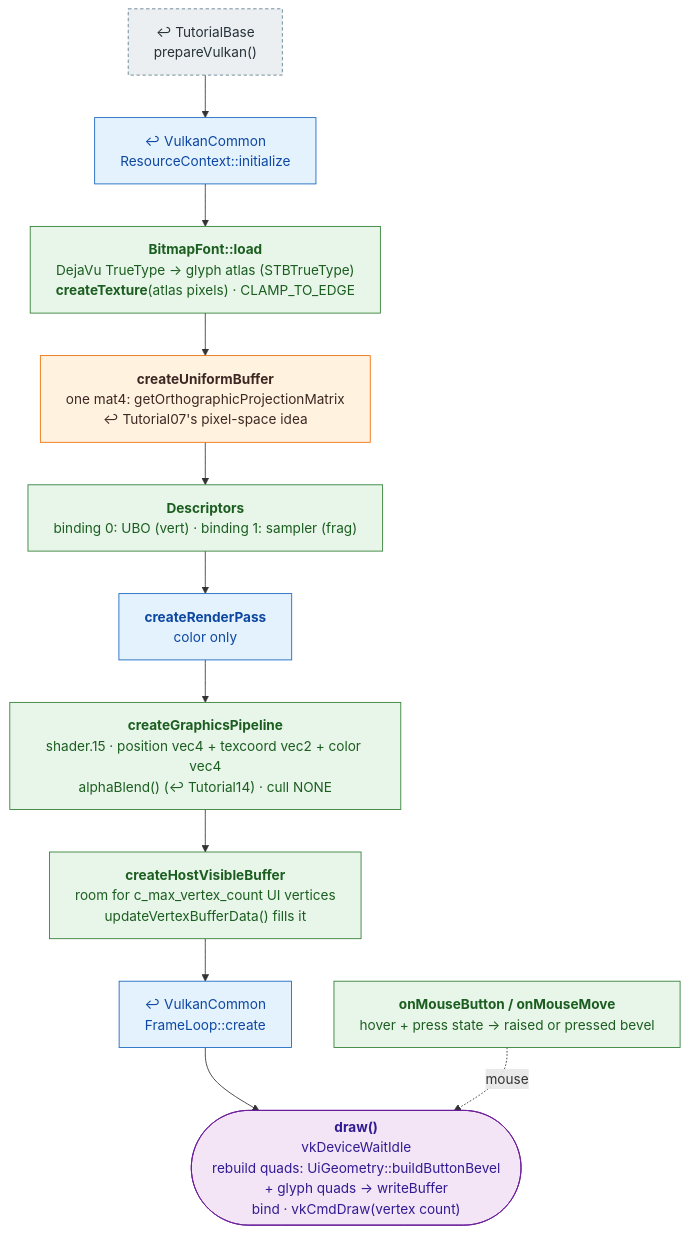
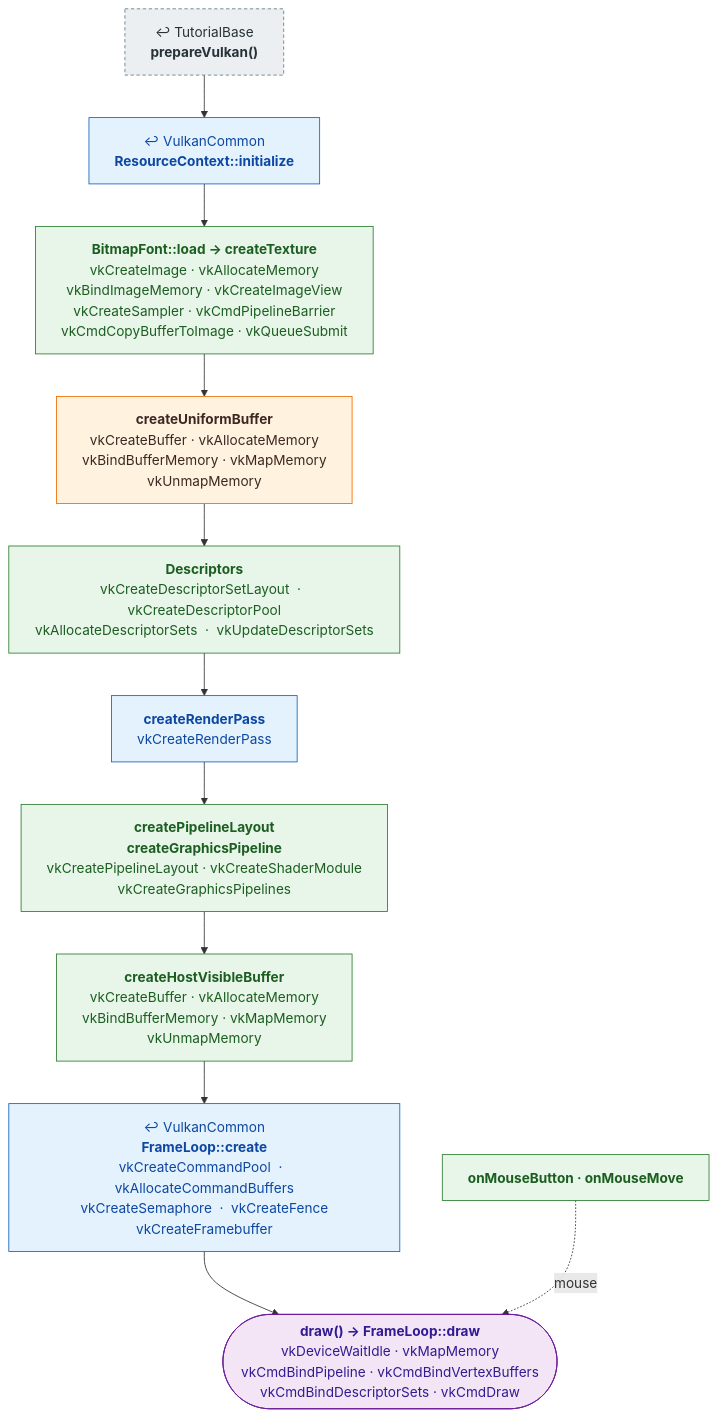
One commit to mehoggan/vulkan_graphix changed the diagram in docs/pipeline/15_text_and_button.md. Above: the diagram before and after it, drawn with Mermaid. The commit also changed other lines of this file and 24 other files, not shown here.

First line of the commit message:
docs: label pipeline boxes with the Vulkan calls each step makes

````diff
--- a/docs/pipeline/15_text_and_button.md
+++ b/docs/pipeline/15_text_and_button.md
@@ -11,24 +11,24 @@
 ```mermaid
 %%{init: {"flowchart": {"wrappingWidth": 400}}}%%
 flowchart TD
     classDef reused fill:#eceff1,stroke:#607d8b,stroke-dasharray:4 3,color:#263238
     classDef changed fill:#fff3e0,stroke:#ef6c00,color:#3e2723
     classDef new fill:#e8f5e9,stroke:#2e7d32,color:#1b5e20
     classDef shared fill:#e3f2fd,stroke:#1565c0,color:#0d47a1
     classDef frame fill:#f3e5f5,stroke:#6a1b9a,color:#311b92
 
-    BASE["↩ TutorialBase<br/>prepareVulkan()"]:::reused
-    RC["↩ VulkanCommon<br/>ResourceContext::initialize"]:::shared
-    FONT["<b>BitmapFont::load</b><br/>DejaVu TrueType → glyph atlas (STBTrueType)<br/><b>createTexture</b>(atlas pixels) · CLAMP_TO_EDGE"]:::new
-    UBO["<b>createUniformBuffer</b><br/>one mat4: getOrthographicProjectionMatrix<br/>↩ Tutorial07's pixel-space idea"]:::changed
-    DESC["<b>Descriptors</b><br/>binding 0: UBO (vert) · binding 1: sampler (frag)"]:::new
-    RP["<b>createRenderPass</b><br/>color only"]:::shared
-    PIPE["<b>createGraphicsPipeline</b><br/>shader.15 · position vec4 + texcoord vec2 + color vec4<br/>alphaBlend() (↩ Tutorial14) · cull NONE"]:::new
-    VB["<b>createHostVisibleBuffer</b><br/>room for c_max_vertex_count UI vertices<br/>updateVertexBufferData() fills it"]:::new
-    FL["↩ VulkanCommon<br/>FrameLoop::create"]:::shared
-    DRAW(["<b>draw()</b><br/>vkDeviceWaitIdle<br/>rebuild quads: UiGeometry::buildButtonBevel<br/>+ glyph quads → writeBuffer<br/>bind · vkCmdDraw(vertex count)"]):::frame
-    INPUT["<b>onMouseButton / onMouseMove</b><br/>hover + press state → raised or pressed bevel"]:::new
+    BASE["↩ TutorialBase<br/><b>prepareVulkan()</b>"]:::reused
+    RC["↩ VulkanCommon<br/><b>ResourceContext::initialize</b>"]:::shared
+    FONT["<b>BitmapFont::load → createTexture</b><br/>vkCreateImage  ·  vkAllocateMemory<br/>vkBindImageMemory  ·  vkCreateImageView<br/>vkCreateSampler  ·  vkCmdPipelineBarrier<br/>vkCmdCopyBufferToImage  ·  vkQueueSubmit"]:::new
+    UBO["<b>createUniformBuffer</b><br/>vkCreateBuffer  ·  vkAllocateMemory<br/>vkBindBufferMemory  ·  vkMapMemory<br/>vkUnmapMemory"]:::changed
+    DESC["<b>Descriptors</b><br/>vkCreateDescriptorSetLayout  ·  vkCreateDescriptorPool<br/>vkAllocateDescriptorSets  ·  vkUpdateDescriptorSets"]:::new
+    RP["<b>createRenderPass</b><br/>vkCreateRenderPass"]:::shared
+    PIPE["<b>createPipelineLayout</b><br/><b>createGraphicsPipeline</b><br/>vkCreatePipelineLayout  ·  vkCreateShaderModule<br/>vkCreateGraphicsPipelines"]:::new
+    VB["<b>createHostVisibleBuffer</b><br/>vkCreateBuffer  ·  vkAllocateMemory<br/>vkBindBufferMemory  ·  vkMapMemory<br/>vkUnmapMemory"]:::new
+    FL["↩ VulkanCommon<br/><b>FrameLoop::create</b><br/>vkCreateCommandPool  ·  vkAllocateCommandBuffers<br/>vkCreateSemaphore  ·  vkCreateFence<br/>vkCreateFramebuffer"]:::shared
+    DRAW(["<b>draw() → FrameLoop::draw</b><br/>vkDeviceWaitIdle  ·  vkMapMemory<br/>vkCmdBindPipeline  ·  vkCmdBindVertexBuffers<br/>vkCmdBindDescriptorSets  ·  vkCmdDraw"]):::frame
+    INPUT["<b>onMouseButton · onMouseMove</b>"]:::new
 
     BASE --> RC --> FONT --> UBO --> DESC --> RP --> PIPE --> VB --> FL --> DRAW
     INPUT -. mouse .-> DRAW
 ```
````
